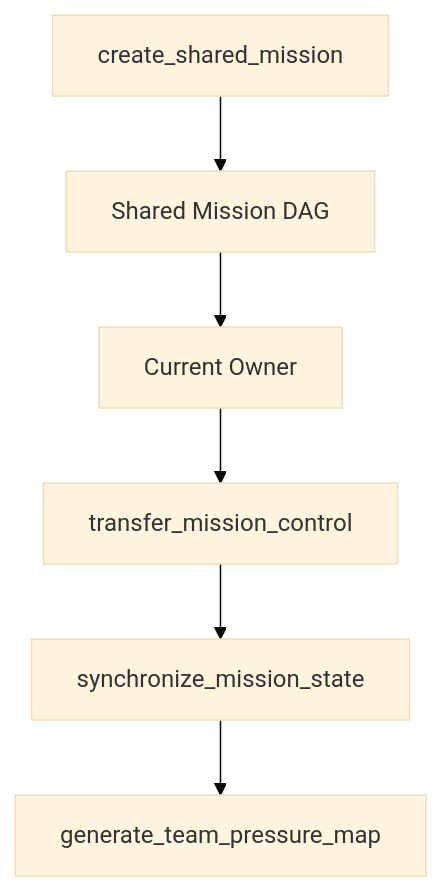
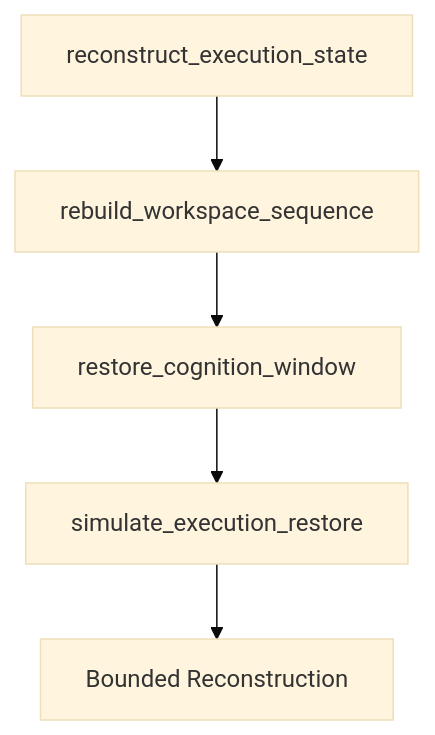
Before and after one commit to FrostXMello/odin-runtime: the sixth of 6 diagrams in README.md, drawn with Mermaid (base theme). The commit also changed other lines of this file and 6 other files, not shown here.

````diff
--- a/README.md
+++ b/README.md
@@ -132,8 +150,7 @@
 ```mermaid
 flowchart TD
-    CREATE[create_shared_mission] --> DAG[Shared Mission DAG]
-    DAG --> OWNER[Current Owner]
-    OWNER --> TRANSFER[transfer_mission_control]
-    TRANSFER --> SYNC[synchronize_mission_state]
-    SYNC --> PRESSURE[generate_team_pressure_map]
+    RECON[reconstruct_execution_state] --> REBUILD[rebuild_workspace_sequence]
+    REBUILD --> RESTORE[restore_cognition_window]
+    RESTORE --> SIM[simulate_execution_restore]
+    SIM --> BOUNDED[Bounded Reconstruction]
 ```
````
